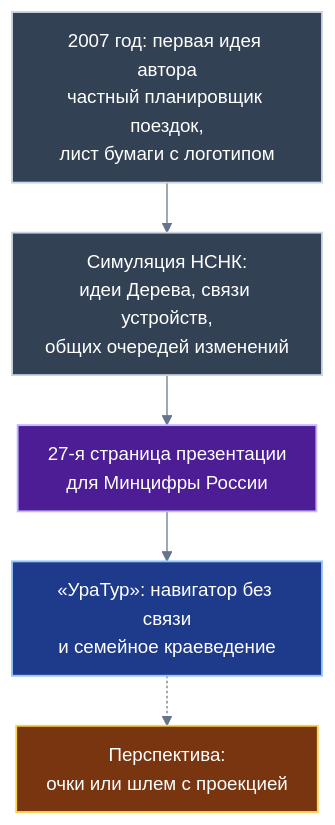
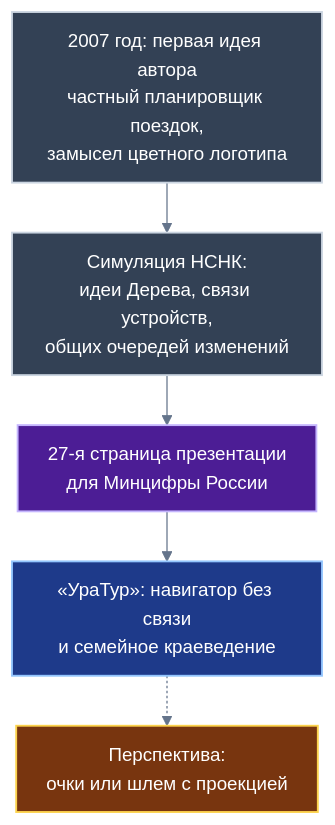
One commit to Data-Independence-Network/presentations changed diagram 14 of 15 in shared_docs/whitepapers/11_uratur_whitepaper.md. Above: the diagram before and after it, drawn with Mermaid. The commit also changed other lines of this file and 85 other files, not shown here.

````diff
--- a/shared_docs/whitepapers/11_uratur_whitepaper.md
+++ b/shared_docs/whitepapers/11_uratur_whitepaper.md
@@ -735,18 +735,18 @@
 ```mermaid
 %%{init: {"theme":"base","themeVariables":{"background":"#0f172a","fontFamily":"Arial, Helvetica, sans-serif","fontSize":"15px","primaryColor":"#1e3a8a","primaryTextColor":"#ffffff","primaryBorderColor":"#93c5fd","secondaryColor":"#14532d","tertiaryColor":"#1e293b","lineColor":"#64748b","textColor":"#94a3b8","mainBkg":"#1e3a8a","nodeBorder":"#93c5fd","clusterBkg":"#1e293b","clusterBorder":"#475569","titleColor":"#cbd5e1","edgeLabelBackground":"#1e293b"},"themeCSS":"foreignObject *{font-family:Arial,Helvetica,sans-serif !important}","flowchart":{"curve":"basis","htmlLabels":true,"nodeSpacing":26,"rankSpacing":40,"padding":12,"useMaxWidth":true}}}%%
 flowchart TD
-    A["2007 год: первая идея автора<br/>частный планировщик поездок,<br/>лист бумаги с логотипом"] --> B["Симуляция НСНК:<br/>идеи Дерева, связи устройств,<br/>общих очередей изменений"]
+    A["2007 год: первая идея автора<br/>частный планировщик поездок,<br/>замысел цветного логотипа"] --> B["Симуляция НСНК:<br/>идеи Дерева, связи устройств,<br/>общих очередей изменений"]
     B --> C["27-я страница презентации<br/>для Минцифры России"]
     C --> D["«УраТур»: навигатор без связи<br/>и семейное краеведение"]
     D -.-> E["Перспектива:<br/>очки или шлем с проекцией"]
     class A,B priv
     class C bank
     class D leaf
     class E trunk
     classDef leaf fill:#1e3a8a,stroke:#93c5fd,stroke-width:1.5px,color:#ffffff
     classDef branch fill:#14532d,stroke:#86efac,stroke-width:1.5px,color:#ffffff
     classDef trunk fill:#78350f,stroke:#fcd34d,stroke-width:1.5px,color:#ffffff
     classDef bank fill:#4c1d95,stroke:#c4b5fd,stroke-width:1.5px,color:#ffffff
     classDef priv fill:#334155,stroke:#cbd5e1,stroke-width:1.5px,color:#ffffff
     classDef risk fill:#7f1d1d,stroke:#fca5a5,stroke-width:1.5px,color:#ffffff
 ```
````
